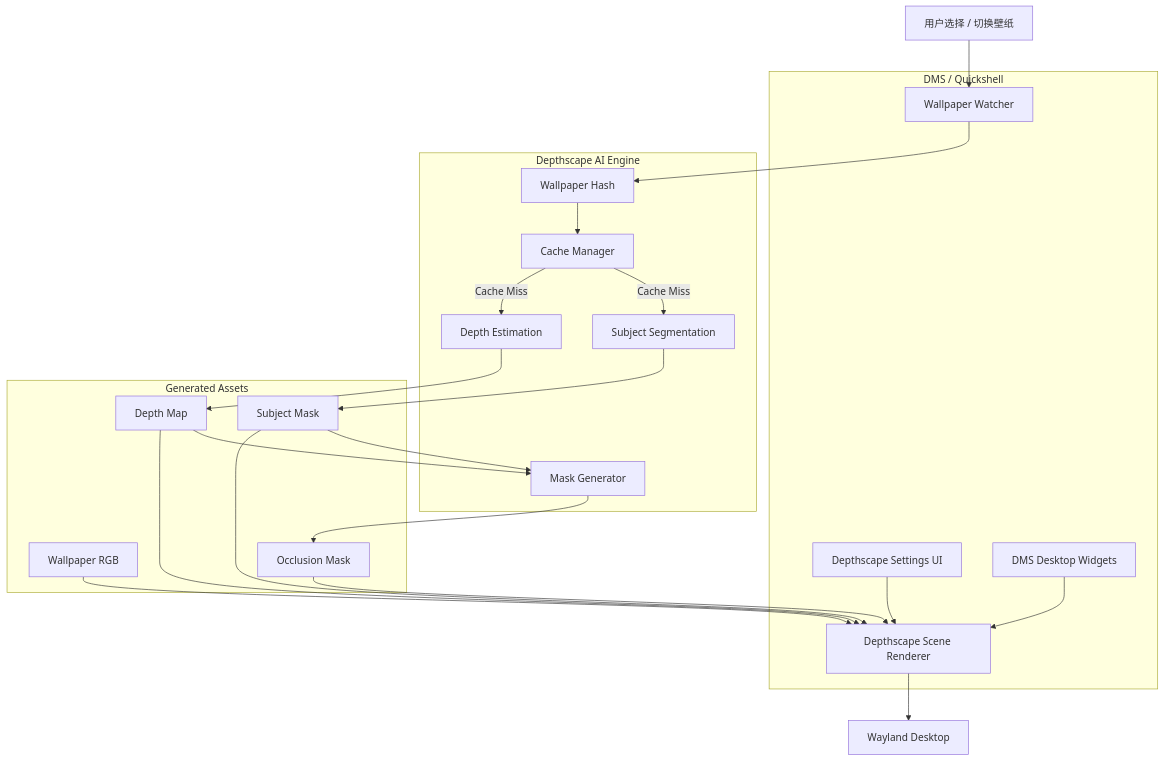
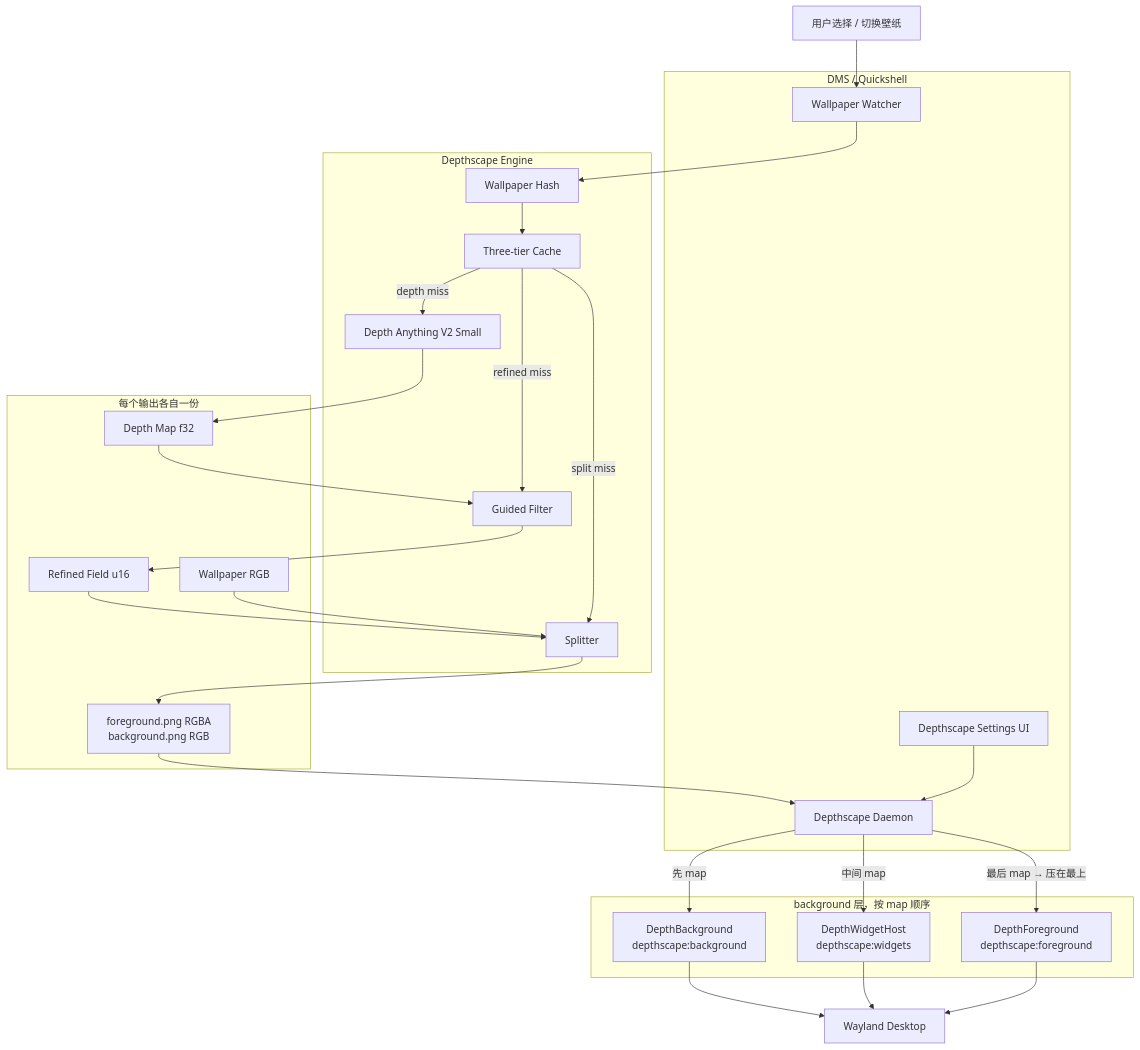
Before and after one commit to Tz-slayer/depthscape: the diagram in docs/depthscape.md, drawn with Mermaid. The commit also changed other lines of this file and 22 other files, not shown here.

First line of the commit message:
Split wallpapers into a foreground/background pair

````diff
--- a/docs/depthscape.md
+++ b/docs/depthscape.md
@@ -181,48 +187,56 @@
 ```mermaid
 flowchart TB
     USER[用户选择 / 切换壁纸]
 
     subgraph DMS[DMS / Quickshell]
         WATCHER[Wallpaper Watcher]
         UI[Depthscape Settings UI]
-        SCENE[Depthscape Scene Renderer]
-        WIDGETS[DMS Desktop Widgets]
+        DAEMON[Depthscape Daemon]
     end
 
-    subgraph ENGINE[Depthscape AI Engine]
+    subgraph ENGINE[Depthscape Engine]
         HASH[Wallpaper Hash]
-        CACHE[Cache Manager]
-        SEG[Subject Segmentation]
-        DEPTH[Depth Estimation]
-        MASK[Mask Generator]
+        CACHE[Three-tier Cache]
+        DEPTH[Depth Anything V2 Small]
+        REFINE[Guided Filter]
+        SPLIT[Splitter]
     end
 
-    subgraph OUTPUT[Generated Assets]
-        RGB[Wallpaper RGB]
-        DEPTHMAP[Depth Map]
-        SUBJECT[Subject Mask]
-        OCCLUSION[Occlusion Mask]
+    subgraph LAYERS[background 层，按 map 顺序]
+        BG[DepthBackground<br/>depthscape:background]
+        WH[DepthWidgetHost<br/>depthscape:widgets]
+        FG[DepthForeground<br/>depthscape:foreground]
+    end
+
+    subgraph ASSETS[每个输出各自一份]
+        WPRGB[Wallpaper RGB]
+        DEPTHMAP[Depth Map f32]
+        REFINED[Refined Field u16]
+        PAIR[foreground.png RGBA<br/>background.png RGB]
     end
 
     USER --> WATCHER
     WATCHER --> HASH
     HASH --> CACHE
 
-    CACHE -->|Cache Miss| SEG
-    CACHE -->|Cache Miss| DEPTH
+    CACHE -->|depth miss| DEPTH
+    CACHE -->|refined miss| REFINE
+    CACHE -->|split miss| SPLIT
 
-    SEG --> SUBJECT
     DEPTH --> DEPTHMAP
-    SUBJECT --> MASK
-    DEPTHMAP --> MASK
-    MASK --> OCCLUSION
+    DEPTHMAP --> REFINE
+    REFINE --> REFINED
+    REFINED --> SPLIT
+    WPRGB --> SPLIT
+    SPLIT --> PAIR
 
-    RGB --> SCENE
-    DEPTHMAP --> SCENE
-    SUBJECT --> SCENE
-    OCCLUSION --> SCENE
-    WIDGETS --> SCENE
-    UI --> SCENE
+    PAIR --> DAEMON
+    UI --> DAEMON
+    DAEMON -->|"先 map"| BG
+    DAEMON -->|"中间 map"| WH
+    DAEMON -->|"最后 map → 压在最上"| FG
 
-    SCENE --> DISPLAY[Wayland Desktop]
+    BG --> DISPLAY[Wayland Desktop]
+    WH --> DISPLAY
+    FG --> DISPLAY
 ```
````
